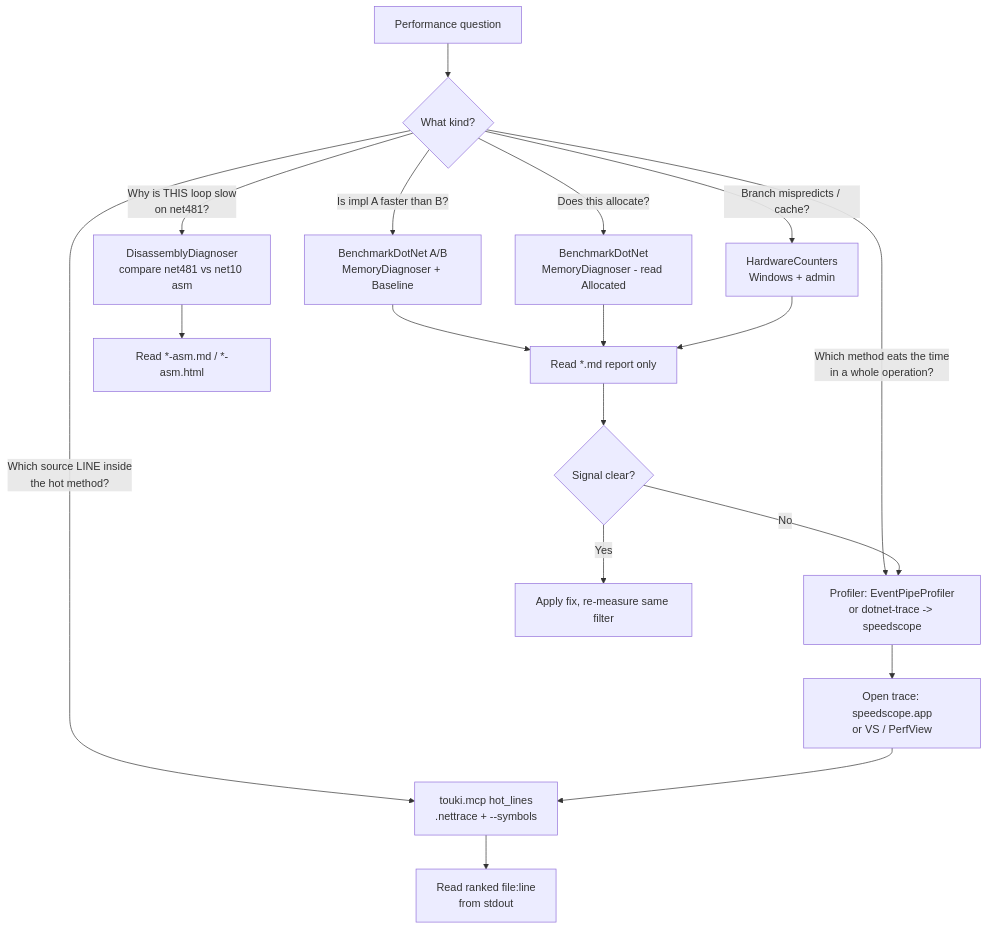
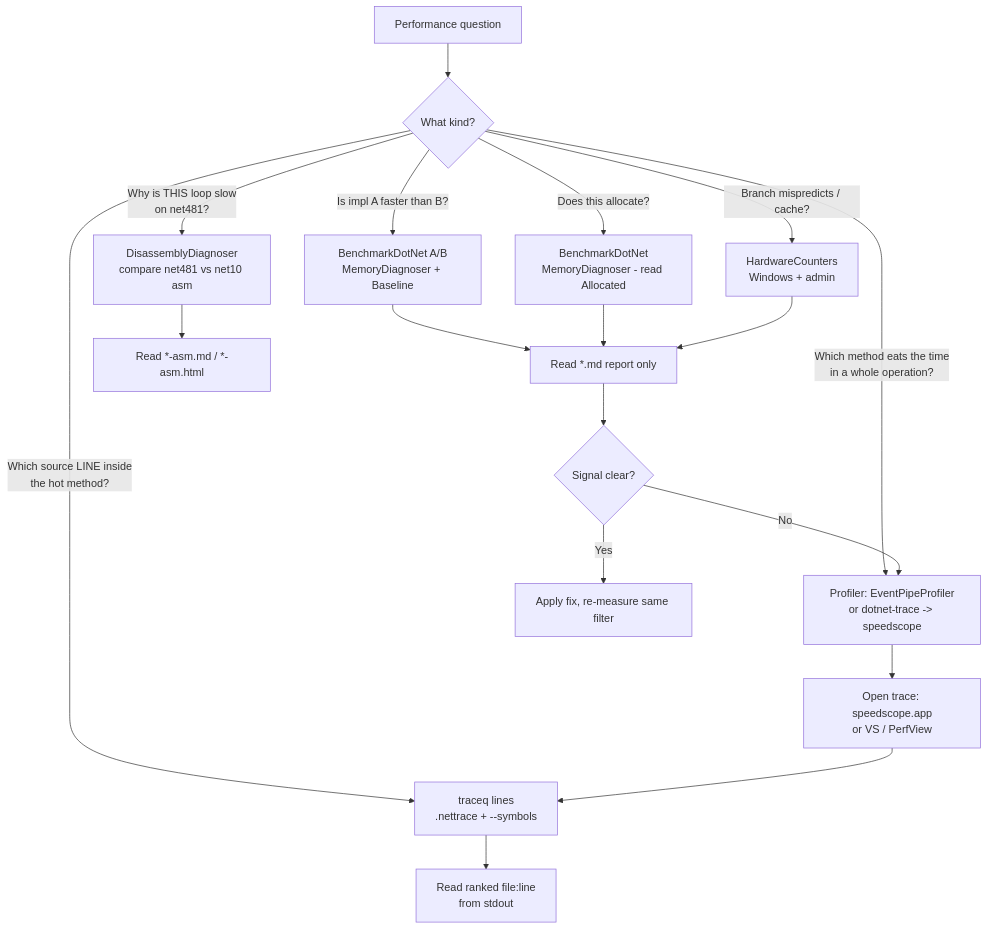
Before and after one commit to JeremyKuhne/touki: the diagram in docs/performance-investigation.md, drawn with Mermaid. The commit also changed other lines of this file and 34 other files, not shown here.

First line of the commit message:
traceq: native symbols, --no-fold, classify, and MCP/CLI surface parity (#209)

````diff
--- a/docs/performance-investigation.md
+++ b/docs/performance-investigation.md
@@ -33,20 +33,20 @@
 ```mermaid
 flowchart TD
     A[Performance question] --> B{What kind?}
     B -->|"Is impl A faster than B?"| C[BenchmarkDotNet A/B<br/>MemoryDiagnoser + Baseline]
     B -->|"Does this allocate?"| D[BenchmarkDotNet<br/>MemoryDiagnoser - read Allocated]
     B -->|"Which method eats the time<br/>in a whole operation?"| E[Profiler: EventPipeProfiler<br/>or dotnet-trace -> speedscope]
-    B -->|"Which source LINE inside<br/>the hot method?"| M[touki.mcp hot_lines<br/>.nettrace + --symbols]
+    B -->|"Which source LINE inside<br/>the hot method?"| M[traceq lines<br/>.nettrace + --symbols]
     B -->|"Why is THIS loop slow<br/>on net481?"| F[DisassemblyDiagnoser<br/>compare net481 vs net10 asm]
     B -->|"Branch mispredicts / cache?"| G[HardwareCounters<br/>Windows + admin]
     C --> H[Read *.md report only]
     D --> H
     E --> I[Open trace: speedscope.app<br/>or VS / PerfView]
     M --> N[Read ranked file:line<br/>from stdout]
     F --> J[Read *-asm.md / *-asm.html]
     G --> H
     H --> K{Signal clear?}
     K -->|Yes| L[Apply fix, re-measure same filter]
     K -->|No| E
     I --> M
 ```
````
